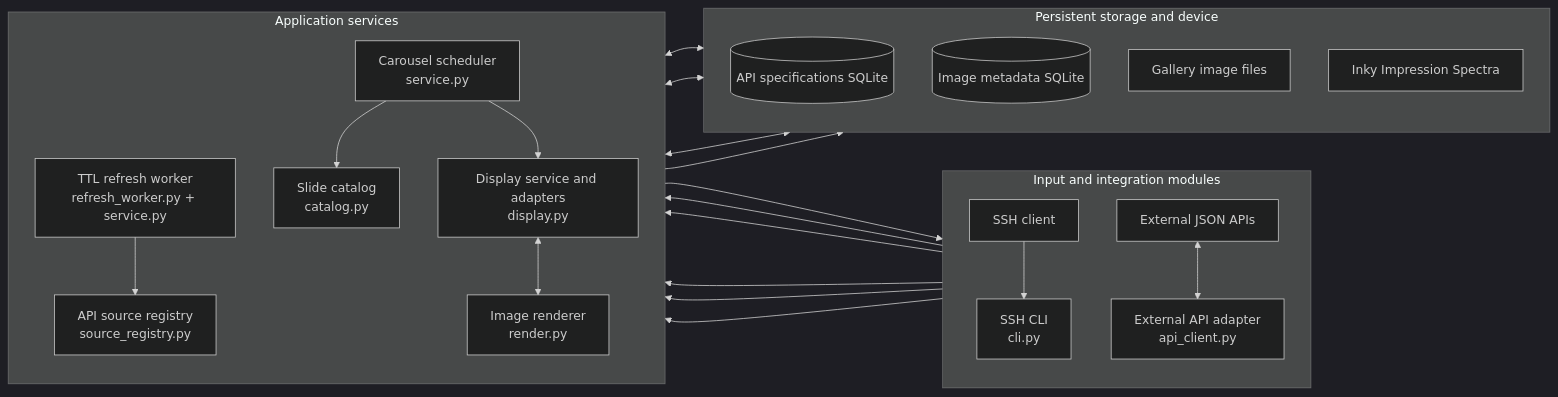
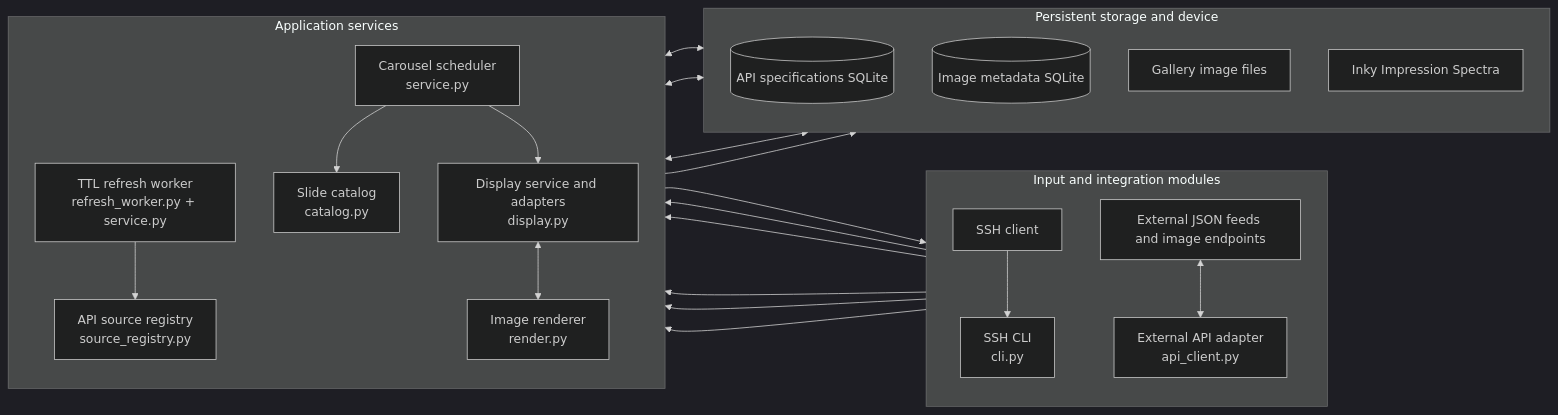
The diagram in software_architecture.md (BrightonKahrs/epaper-display), drawn with Mermaid (dark theme) before and after one commit. The commit also changed other lines of this file and 8 other files, not shown here.

````diff
--- a/software_architecture.md
+++ b/software_architecture.md
@@ -16,44 +16,44 @@
 ```mermaid
 flowchart LR
   subgraph Inputs["Input and integration modules"]
     direction TB
     SSH[SSH client]
     CLI["SSH CLI<br/>cli.py"]
-    APIs[External JSON APIs]
+    APIs["External JSON feeds and image endpoints"]
     APIClient["External API adapter<br/>api_client.py"]
     SSH --> CLI
     APIs <--> APIClient
   end
 
   subgraph Services["Application services"]
     direction TB
     Registry["API source registry<br/>source_registry.py"]
     Refresh["TTL refresh worker<br/>refresh_worker.py + service.py"]
     Catalog["Slide catalog<br/>catalog.py"]
     Scheduler["Carousel scheduler<br/>service.py"]
     Renderer["Image renderer<br/>render.py"]
     DisplayService["Display service and adapters<br/>display.py"]
     CLI --> Registry
     CLI --> Catalog
     CLI --> Refresh
     Refresh --> Registry
     Refresh --> APIClient
     APIClient --> Registry
     APIClient --> Catalog
     Scheduler --> Catalog
     Scheduler --> DisplayService
     DisplayService <--> Renderer
   end
 
   subgraph Local["Persistent storage and device"]
     direction TB
     Specs[(API specifications SQLite)]
     Metadata[(Image metadata SQLite)]
     Gallery[Gallery image files]
     Panel[Inky Impression Spectra]
     Registry <--> Specs
     Catalog <--> Metadata
     Catalog <--> Gallery
     DisplayService --> Panel
   end
 ```
````
